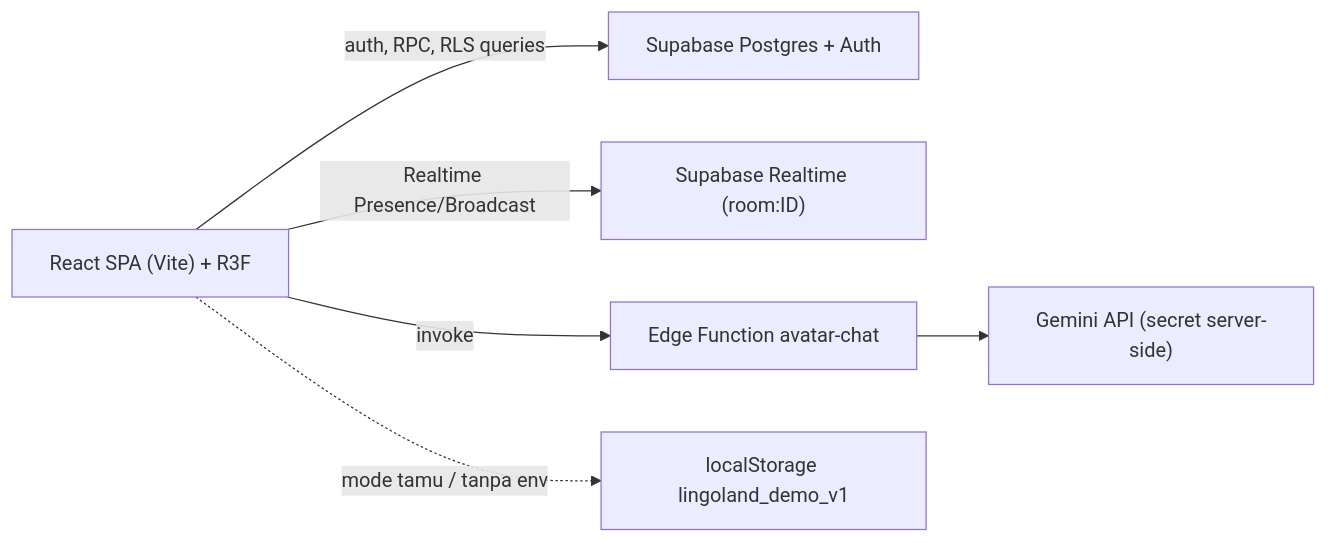
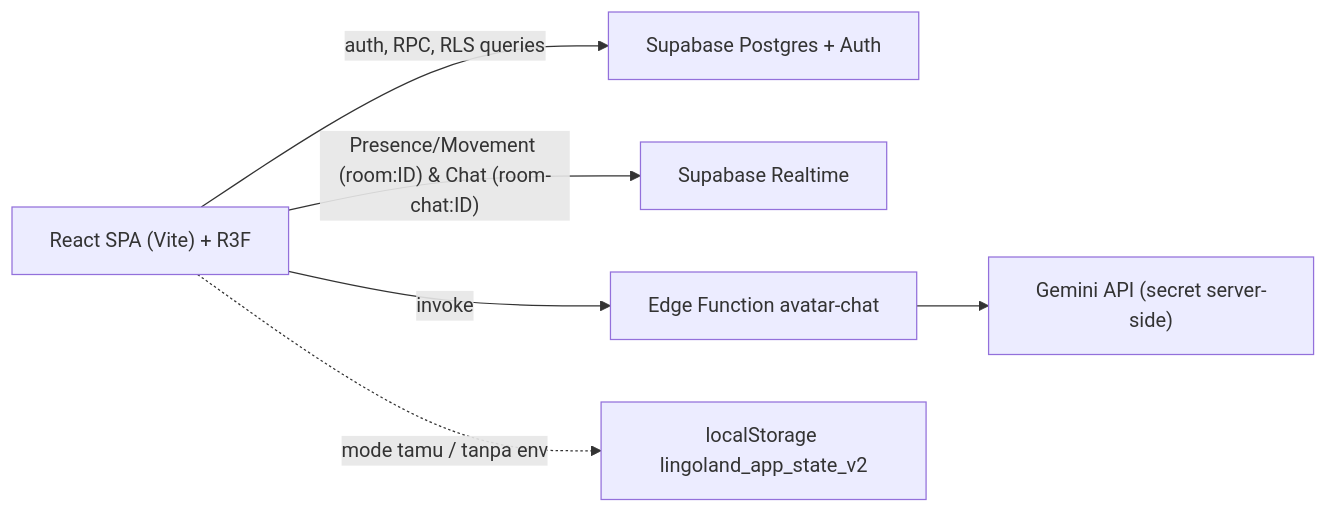
Before and after one commit to KurioSannn/LingoLand: the first of 2 diagrams in docs/ARCHITECTURE.md, drawn with Mermaid. The commit also changed other lines of this file and 8 other files, not shown here.

````diff
--- a/docs/ARCHITECTURE.md
+++ b/docs/ARCHITECTURE.md
@@ -5,8 +5,8 @@
 ```mermaid
 flowchart LR
   Browser["React SPA (Vite) + R3F"] -->|"auth, RPC, RLS queries"| Supa["Supabase Postgres + Auth"]
-  Browser -->|"Realtime Presence/Broadcast"| RT["Supabase Realtime (room:ID)"]
+  Browser -->|"Presence/Movement (room:ID) & Chat (room-chat:ID)"| RT["Supabase Realtime"]
   Browser -->|"invoke"| Edge["Edge Function avatar-chat"]
   Edge --> Gemini["Gemini API (secret server-side)"]
-  Browser -.->|"mode tamu / tanpa env"| Local["localStorage lingoland_demo_v1"]
+  Browser -.->|"mode tamu / tanpa env"| Local["localStorage lingoland_app_state_v2"]
 ```
````
